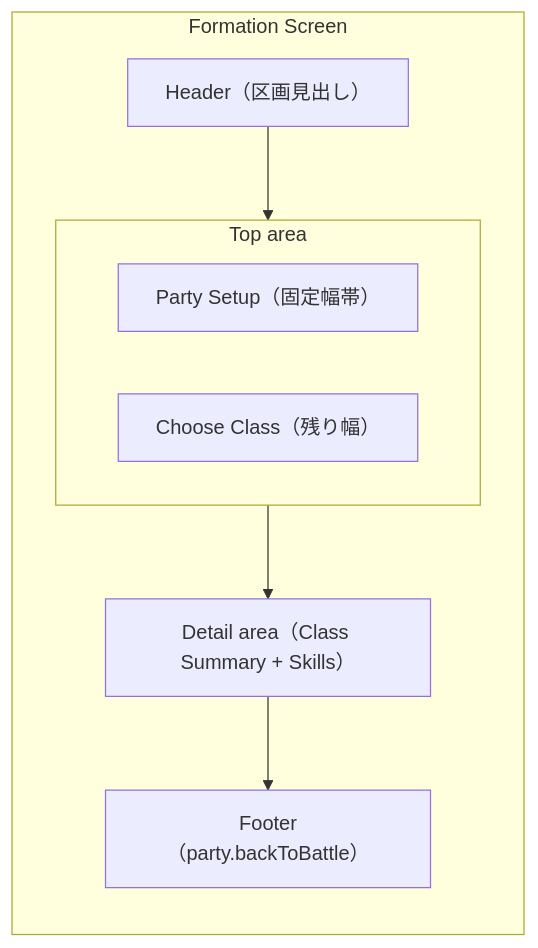
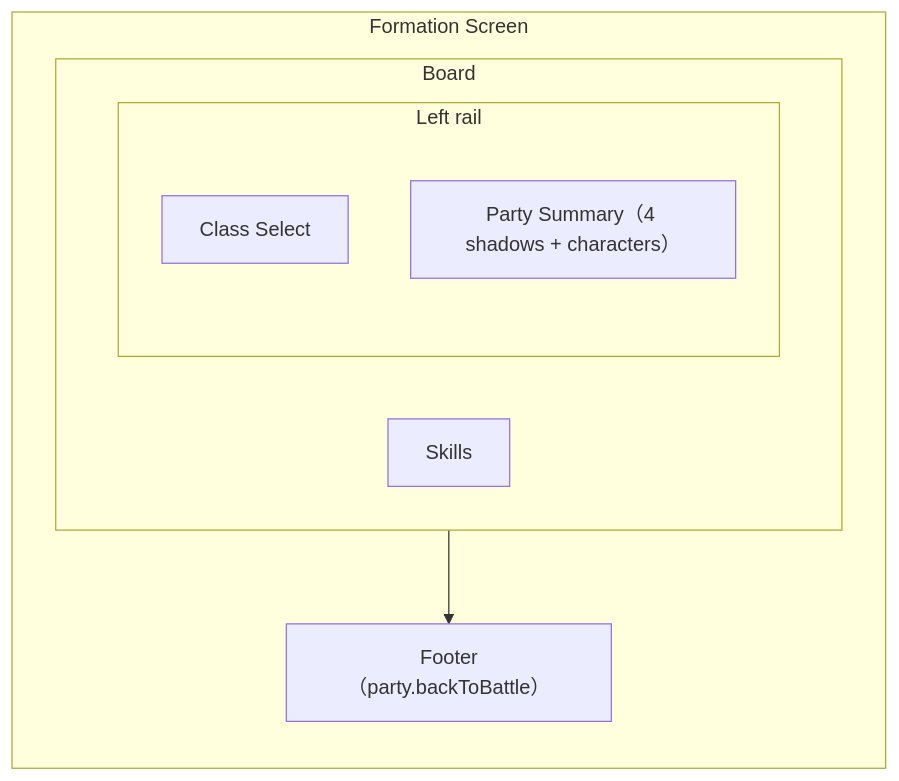
The diagram in docs/spec/party-formation-ui.md (sucRo0629/auto-battle-idle), drawn with Mermaid before and after one commit. The commit also changed other lines of this file and 6 other files, not shown here.

````diff
--- a/docs/spec/party-formation-ui.md
+++ b/docs/spec/party-formation-ui.md
@@ -85,15 +85,17 @@
 ```mermaid
 flowchart TB
   subgraph win["Formation Screen"]
     direction TB
-    hdr["Header（区画見出し）"]
-    subgraph upper["Top area"]
+    subgraph board["Board"]
       direction LR
-      roster["Party Setup（固定幅帯）"]
-      archive["Choose Class（残り幅）"]
+      subgraph left["Left rail"]
+        direction TB
+        archive["Class Select"]
+        summary["Party Summary（4 shadows + characters）"]
+      end
+      detail["Skills"]
     end
-    detail["Detail area（Class Summary + Skills）"]
     foot["Footer（party.backToBattle）"]
-    hdr --> upper --> detail --> foot
+    board --> foot
   end
 ```
````
